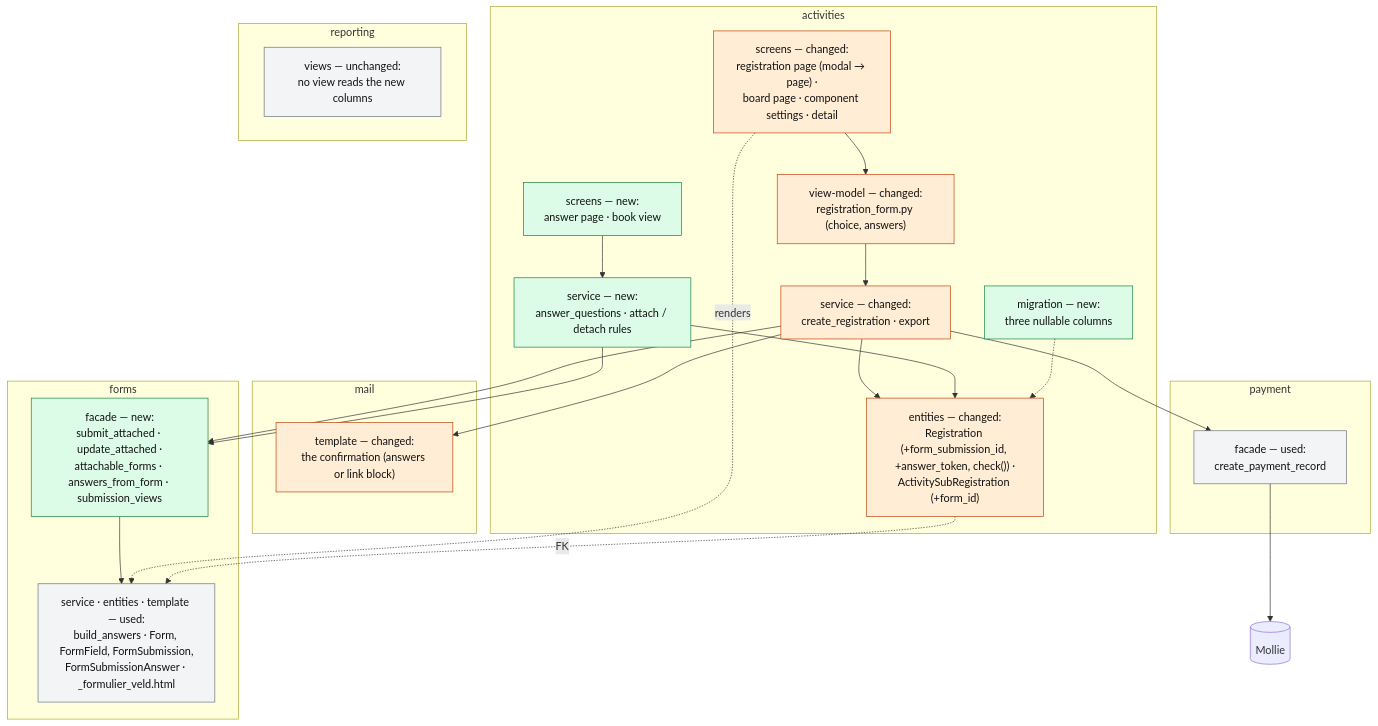
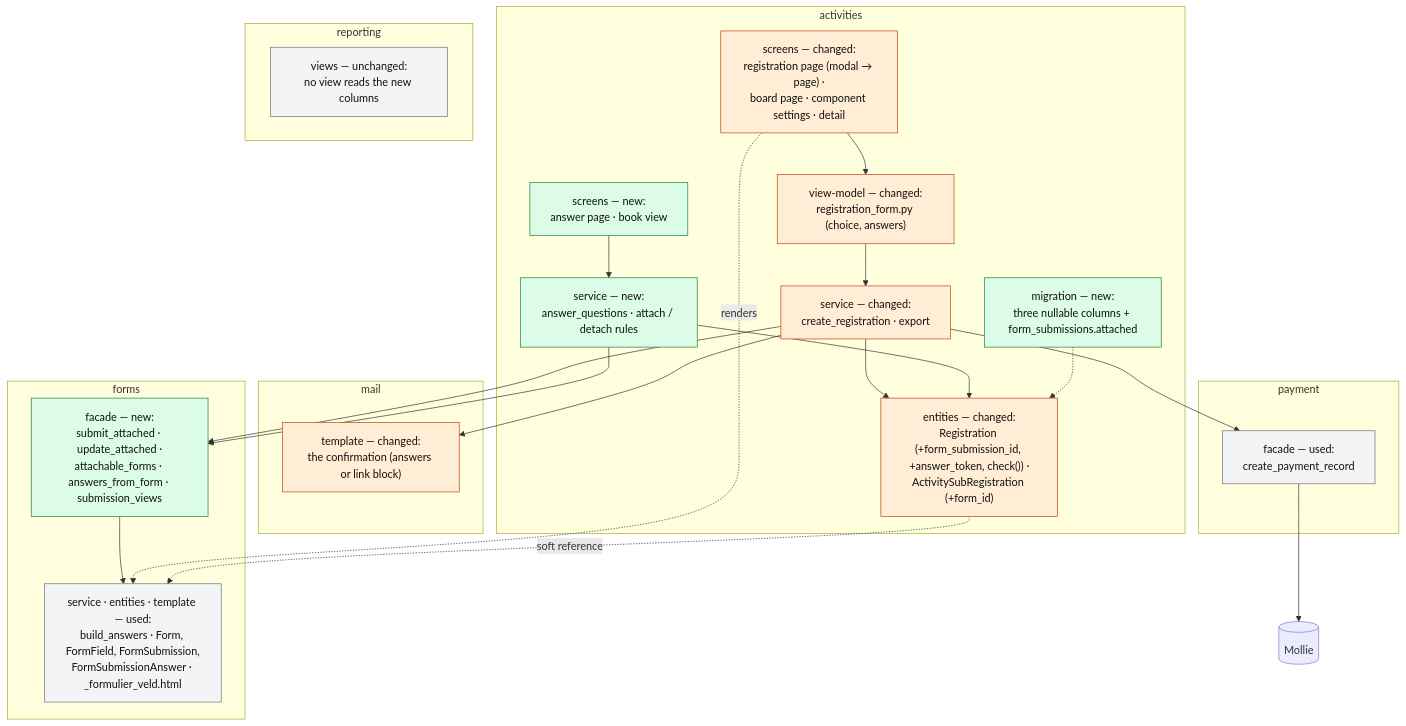
Before and after one commit to KoenRenders/KoenTest: the fifth of 6 diagrams in docs/change_request_14_registration_questions.md, drawn with Mermaid. The commit also changed other lines of this file and 36 other files, not shown here.

````diff
--- a/docs/change_request_14_registration_questions.md
+++ b/docs/change_request_14_registration_questions.md
@@ -455,44 +455,44 @@
 ```mermaid
 flowchart TB
   subgraph activities["activities"]
     A1n["screens — new:<br/>answer page · book view"]
     A1c["screens — changed:<br/>registration page (modal → page) ·<br/>board page · component settings · detail"]
     A2c["view-model — changed:<br/>registration_form.py (choice, answers)"]
     A3n["service — new:<br/>answer_questions · attach / detach rules"]
     A3c["service — changed:<br/>create_registration · export"]
     A4c["entities — changed:<br/>Registration (+form_submission_id, +answer_token, check()) ·<br/>ActivitySubRegistration (+form_id)"]
-    A5n["migration — new:<br/>three nullable columns"]
+    A5n["migration — new:<br/>three nullable columns + form_submissions.attached"]
     A1n --> A3n
     A1c --> A2c --> A3c --> A4c
     A3n --> A4c
     A5n -.-> A4c
   end
   subgraph forms["forms"]
     F1n["facade — new:<br/>submit_attached · update_attached ·<br/>attachable_forms · answers_from_form · submission_views"]
     F2u["service · entities · template — used:<br/>build_answers · Form, FormField, FormSubmission,<br/>FormSubmissionAnswer · _formulier_veld.html"]
     F1n --> F2u
   end
   subgraph mail["mail"]
     M1c["template — changed:<br/>the confirmation (answers or link block)"]
   end
   subgraph payment["payment"]
     P1u["facade — used:<br/>create_payment_record"]
   end
   subgraph reporting["reporting"]
     R1u["views — unchanged:<br/>no view reads the new columns"]
   end
   MOL[(Mollie)]
   A3c --> F1n
   A3n --> F1n
   A3c --> P1u
   A3c --> M1c
   A1c -. renders .-> F2u
-  A4c -. FK .-> F2u
+  A4c -. soft reference .-> F2u
   P1u --> MOL
   classDef new fill:#dcfce7,stroke:#15803d,color:#111
   classDef chg fill:#ffedd5,stroke:#c2410c,color:#111
   classDef used fill:#f3f4f6,stroke:#6b7280,color:#111
   class A1n,A3n,A5n,F1n new
   class A1c,A2c,A3c,A4c,M1c chg
   class F2u,P1u,R1u used
 ```
````
